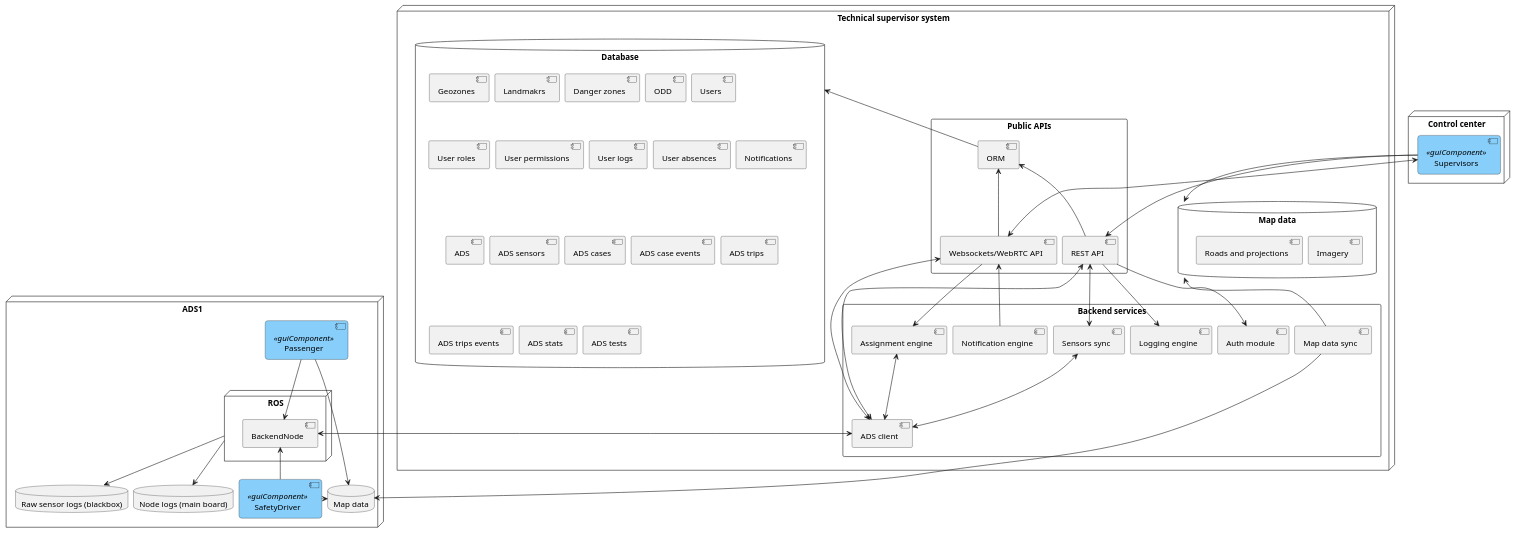
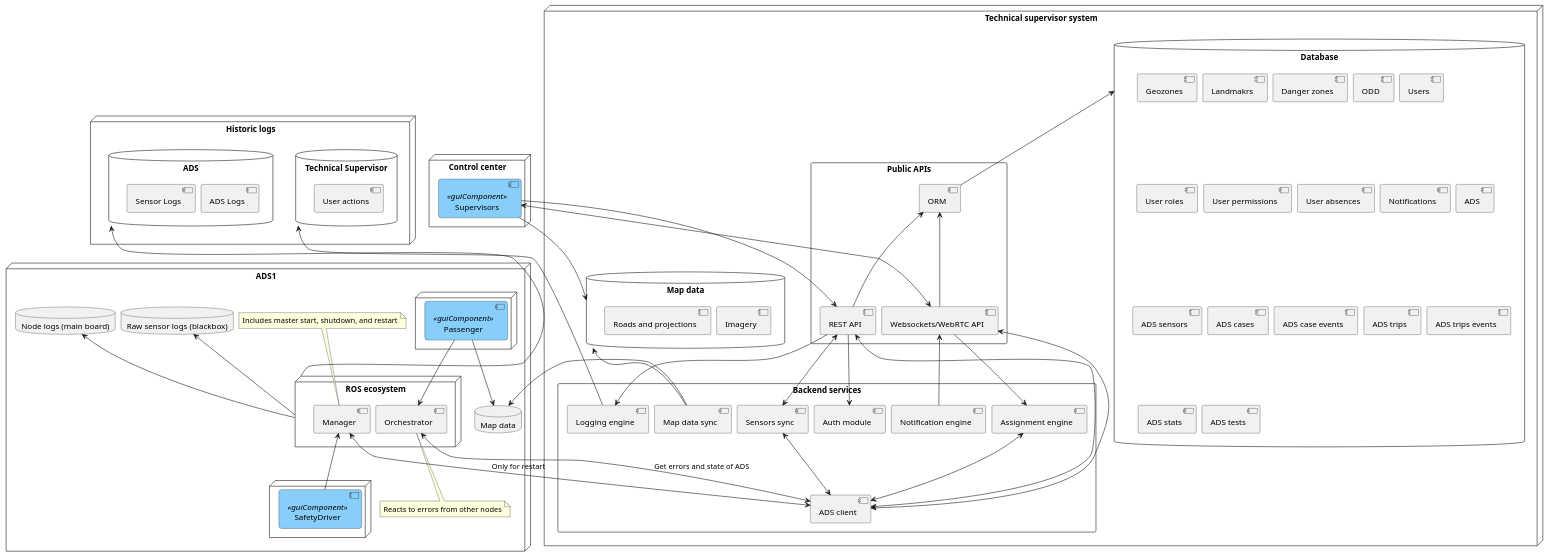
One commit to bruno-motorai/uml changed the diagram in technical_supervisor/architecture.pu. Above: the diagram before and after it, drawn with PlantUML.

Commit message:
Add manager ros node

```diff
--- a/technical_supervisor/architecture.pu
+++ b/technical_supervisor/architecture.pu
@@ -1,110 +1,141 @@
 @startuml
 skinparam nodesep 10
 skinparam ranksep 5
 
 scale 1.0
 
 node "Control center" as control_center {
     component "Supervisors" as gui <<guiComponent>>
 }
 
 node "Technical supervisor system" as ts {
     rectangle "Public APIs" {
         component "REST API" as rest_api
         component "Websockets/WebRTC API" as ws_api
         component "ORM" as orm
     }
 
     rectangle "Backend services" as backend {
         component "Auth module" as auth
         component "Assignment engine" as assignment_engine
         component "Notification engine" as notification_engine
         component "Logging engine" as log_engine
         component "ADS client" as ads_client
         component "Map data sync" as map_sync
         component "Sensors sync" as sensors_sync
     }
 
 
     database "Database" as db {
         component "Geozones"
         component "Landmakrs"
         component "Danger zones"
         component "ODD"
         component "Users"
         component "User roles"
         component "User permissions"
-        component "User logs"
         component "User absences"
         component "Notifications"
         component "ADS"
         component "ADS sensors"
         component "ADS cases"
         component "ADS case events"
         component "ADS trips"
         component "ADS trips events"
         component "ADS stats"
         component "ADS tests"
     }
 
     database "Map data" as map_db {
         component "Imagery"
         component "Roads and projections"
     }
 }
 
 
 node "ADS1" as ads_node {
 
-    node "ROS" as ads1 {
-        component "BackendNode" as ads_backend_node
+    node "ROS ecosystem" as ros_system {
+        component "Orchestrator" as ads_orchestrator_node
+        component "Manager" as ads_manager_node
     }
+
+    node {
+        component "SafetyDriver" as safety_driver_gui1 <<guiComponent>>
+    }
+
+    node {
+
+        component "Passenger" as passenger_gui1 << guiComponent >>
+    }
+
     database "Raw sensor logs (blackbox)" as raw_logs_ads1
     database "Node logs (main board)" as logs_ads1
-    component "SafetyDriver" as safety_driver_gui1 <<guiComponent>>
-    component "Passenger" as passenger_gui1 << guiComponent >>
+    database "Map data" as map_db_ads
 
-    database "Map data" as map_db_ads
+
+    note bottom of ads_orchestrator_node
+        Reacts to errors from other nodes
+    end note
+
+    note top of ads_manager_node
+        Includes master start, shutdown, and restart
+    end note
 }
 
-ads1 -down-> raw_logs_ads1
-ads1 -down-> logs_ads1
+
+node "Historic logs" as logs_system {
+    database "ADS" as ads_logs_db {
+        component "ADS Logs"
+        component "Sensor Logs"
+    }
+
+    database "Technical Supervisor" as ts_logs_db {
+        component "User actions"
+    }
+}
+
+raw_logs_ads1 <-d- ros_system
+logs_ads1 <-d- ros_system
+ros_system -u--> ads_logs_db
 ' ads2 -down-> raw_logs_ads2
 ' ads2 -down-> logs_ads2
 gui -down-> rest_api
 gui <-down-> ws_api
 rest_api --> auth
 rest_api --> log_engine
 rest_api -u-> orm
 ws_api -u-> orm
 orm -u-> db
 ws_api -d-> assignment_engine
 notification_engine -r-> ws_api
 ws_api <-d-> ads_client
 rest_api <-d-> ads_client
 gui -u-> map_db
 
 rest_api <-> sensors_sync
 sensors_sync <--> ads_client
 assignment_engine <--> ads_client
 
-ads_backend_node <-d-> ads_client
+ads_orchestrator_node <-d-> ads_client : "Get errors and state of ADS"
+ads_manager_node <-d-> ads_client : "Only for restart"
 
-safety_driver_gui1 -u-> ads_backend_node
-safety_driver_gui1 -> map_db_ads
+safety_driver_gui1 -u-> ads_manager_node
 
-passenger_gui1 -d-> ads_backend_node
+passenger_gui1 -d-> ads_orchestrator_node
 passenger_gui1 -d-> map_db_ads
+
+log_engine -u-> ts_logs_db
 
 map_sync ---> map_db_ads
 map_sync -u-> map_db
 
 <style>
 .guiComponent {
     BackgroundColor LightSkyBlue
     FontColor Black
     ComponentBorderColor LightSlateGray
     RoundCorner 10
 }
 </style>
 @enduml
```
